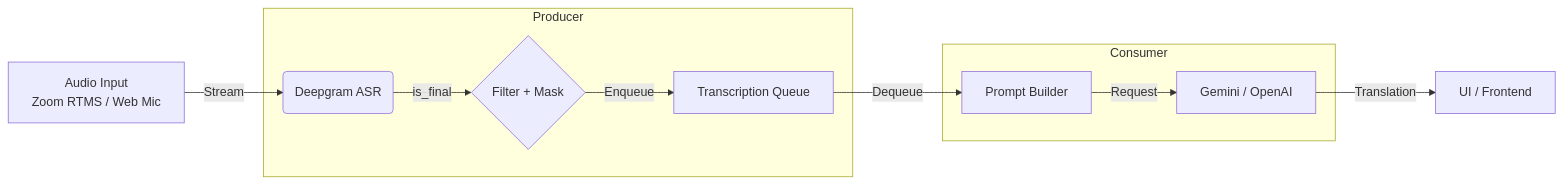
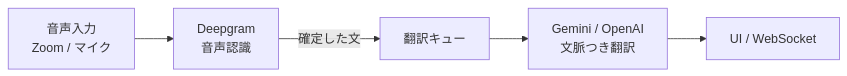
The diagram in README.md (yaguangxiaocang-jpg/real_time_transalation_oguramasahiro), drawn with Mermaid before and after one commit. The commit also changed other lines of this file, not shown here.

````diff
--- a/README.md
+++ b/README.md
@@ -4170,16 +266,7 @@
 ```mermaid
 graph LR
-    A[Audio Input<br/>Zoom RTMS / Web Mic] -->|Stream| B(Deepgram ASR)
-
-    subgraph "Producer"
-        B -->|is_final| C{Filter + Mask}
-        C -->|Enqueue| D[Transcription Queue]
-    end
-
-    subgraph "Consumer"
-        D -->|Dequeue| E[Prompt Builder]
-        E -->|Request| F[Gemini / OpenAI]
-    end
-
-    F -->|Translation| G[UI / Frontend]
+    A[音声入力<br/>Zoom / マイク] --> B[Deepgram<br/>音声認識]
+    B -->|確定した文| C[翻訳キュー]
+    C --> D[Gemini / OpenAI<br/>文脈つき翻訳]
+    D --> E[UI / WebSocket]
 ```
````
